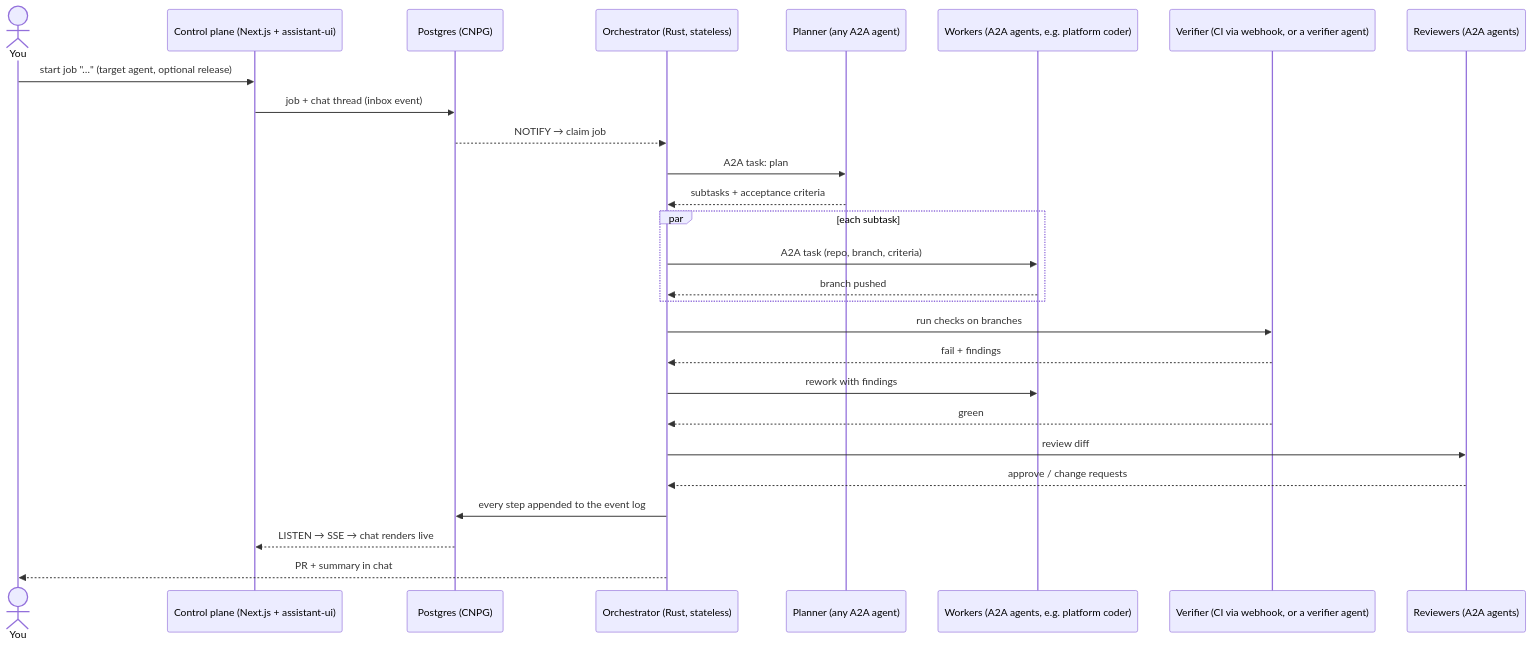
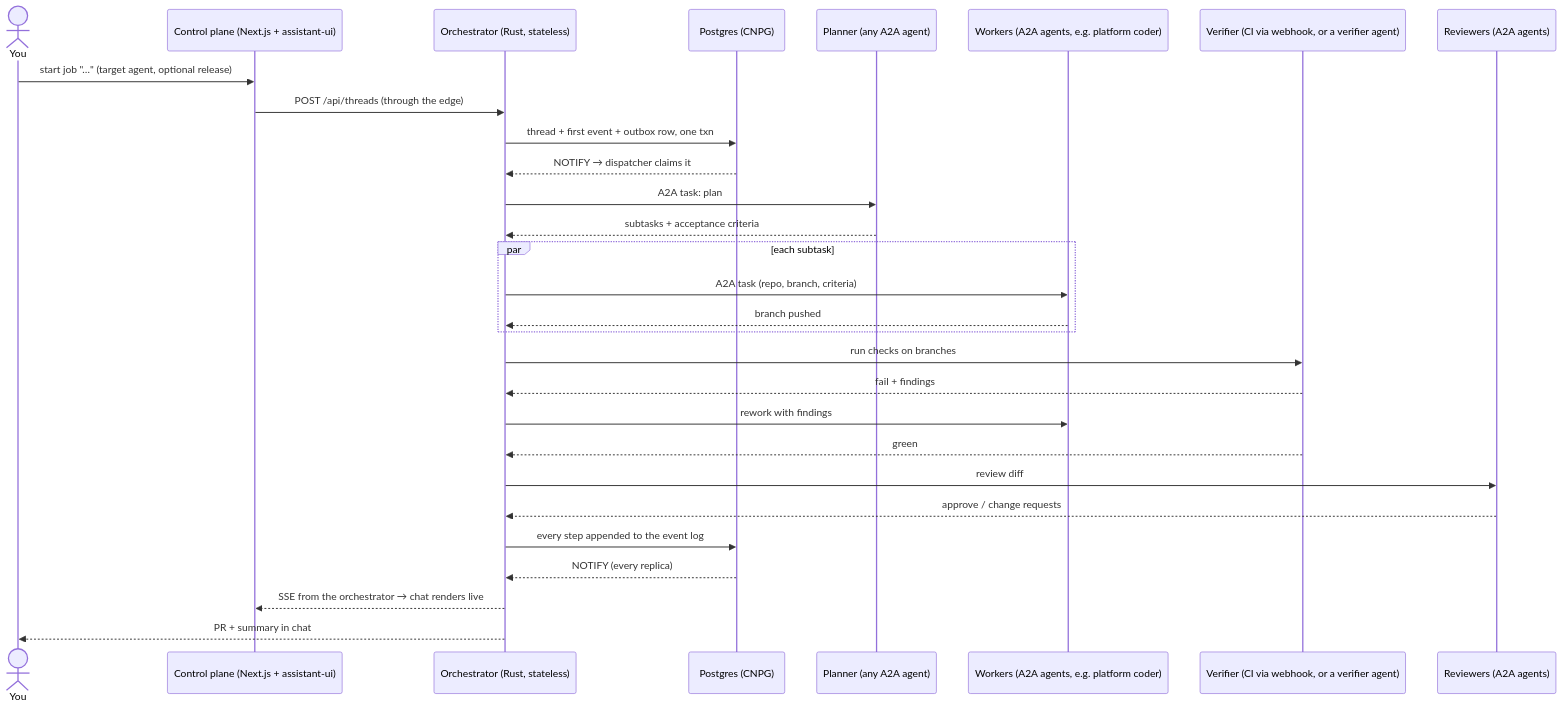
The fifth of 6 diagrams in docs/architecture.md (vymalo/another-agentic-system), drawn with Mermaid before and after one commit. The commit also changed other lines of this file and 2 other files, not shown here.

First line of the commit message:
docs: as-built architecture and crate map with Mermaid diagrams

````diff
--- a/docs/architecture.md
+++ b/docs/architecture.md
@@ -66,29 +282,31 @@
 ```mermaid
 sequenceDiagram
   actor U as You
   participant CP as Control plane (Next.js + assistant-ui)
+  participant O as Orchestrator (Rust, stateless)
   participant DB as Postgres (CNPG)
-  participant O as Orchestrator (Rust, stateless)
   participant P as Planner (any A2A agent)
   participant W as Workers (A2A agents, e.g. platform coder)
   participant V as Verifier (CI via webhook, or a verifier agent)
   participant R as Reviewers (A2A agents)
   U->>CP: start job "…" (target agent, optional release)
-  CP->>DB: job + chat thread (inbox event)
-  DB-->>O: NOTIFY → claim job
+  CP->>O: POST /api/threads (through the edge)
+  O->>DB: thread + first event + outbox row, one txn
+  DB-->>O: NOTIFY → dispatcher claims it
   O->>P: A2A task: plan
   P-->>O: subtasks + acceptance criteria
   par each subtask
     O->>W: A2A task (repo, branch, criteria)
     W-->>O: branch pushed
   end
   O->>V: run checks on branches
   V-->>O: fail + findings
   O->>W: rework with findings
   V-->>O: green
   O->>R: review diff
   R-->>O: approve / change requests
   O->>DB: every step appended to the event log
-  DB-->>CP: LISTEN → SSE → chat renders live
+  DB-->>O: NOTIFY (every replica)
+  O-->>CP: SSE from the orchestrator → chat renders live
   O-->>U: PR + summary in chat
 ```
````
